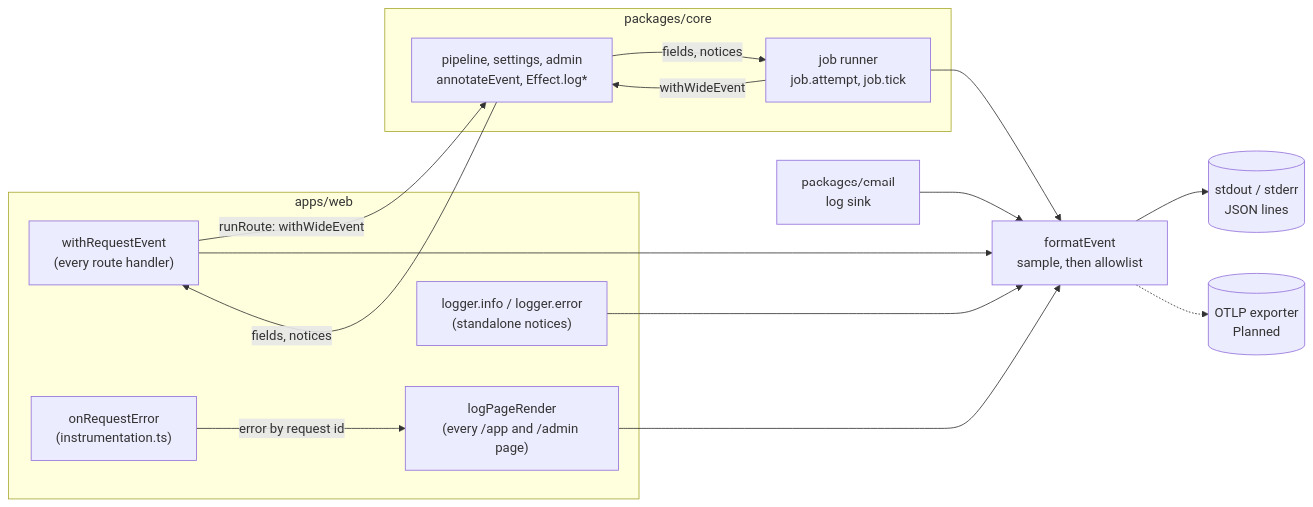
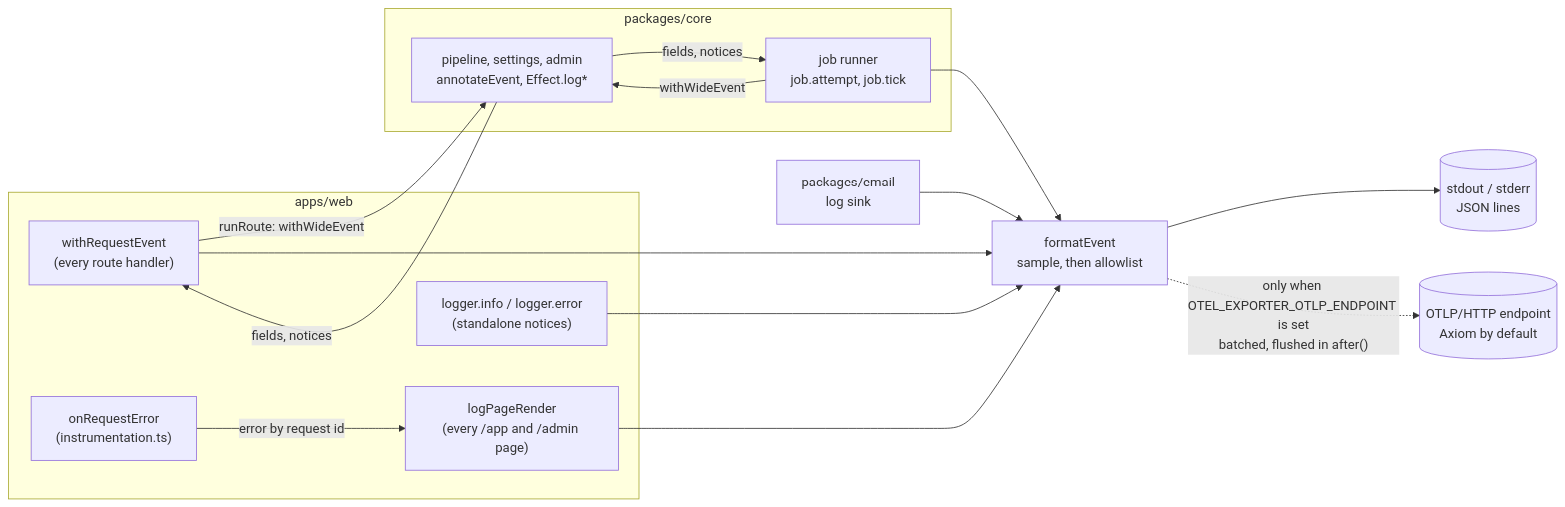
The diagram in docs/architecture/flows/observability.md (bhimrazy/receipt-ocr-app), drawn with Mermaid before and after one commit. The commit also changed other lines of this file and 23 other files, not shown here.

First line of the commit message:
feat(telemetry): export wide events over OTLP when an endpoint is set

````diff
--- a/docs/architecture/flows/observability.md
+++ b/docs/architecture/flows/observability.md
@@ -12,30 +12,30 @@
 ```mermaid
 flowchart LR
   subgraph web[apps/web]
     route["withRequestEvent<br/>(every route handler)"]
     page["logPageRender<br/>(every /app and /admin page)"]
     onerr["onRequestError<br/>(instrumentation.ts)"]
     other["logger.info / logger.error<br/>(standalone notices)"]
   end
   subgraph core[packages/core]
     runner["job runner<br/>job.attempt, job.tick"]
     deep["pipeline, settings, admin<br/>annotateEvent, Effect.log*"]
   end
   email["packages/email<br/>log sink"]
   fmt["formatEvent<br/>sample, then allowlist"]
   out[("stdout / stderr<br/>JSON lines")]
-  otlp[("OTLP exporter<br/>Planned")]
+  otlp[("OTLP/HTTP endpoint<br/>Axiom by default")]
 
   route -- "runRoute: withWideEvent" --> deep
   runner -- "withWideEvent" --> deep
   deep -- "fields, notices" --> route
   deep -- "fields, notices" --> runner
   onerr -- "error by request id" --> page
   route --> fmt
   page --> fmt
   runner --> fmt
   other --> fmt
   email --> fmt
   fmt --> out
-  fmt -.-> otlp
+  fmt -. "only when OTEL_EXPORTER_OTLP_ENDPOINT is set<br/>batched, flushed in after()" .-> otlp
 ```
````
